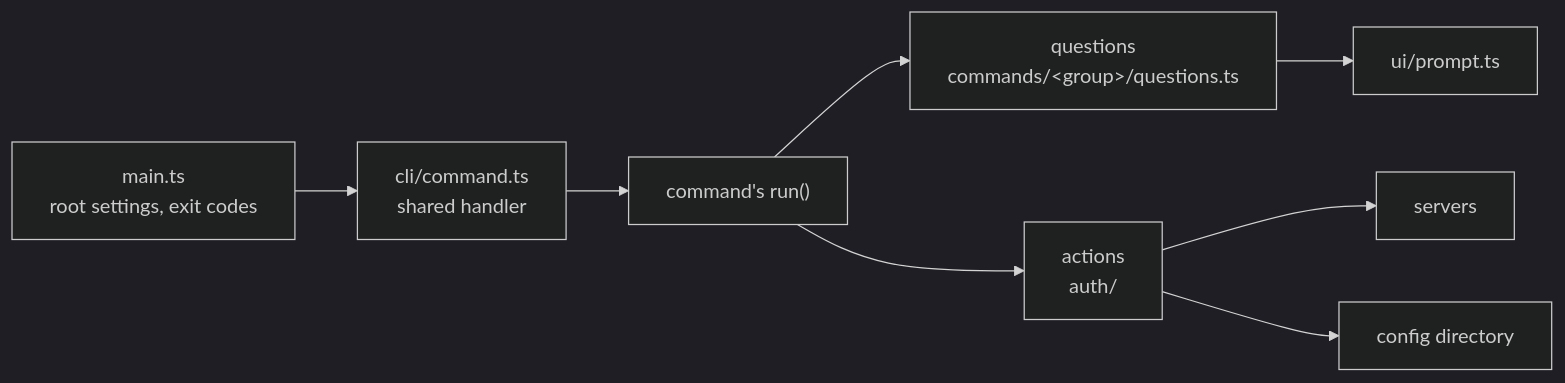
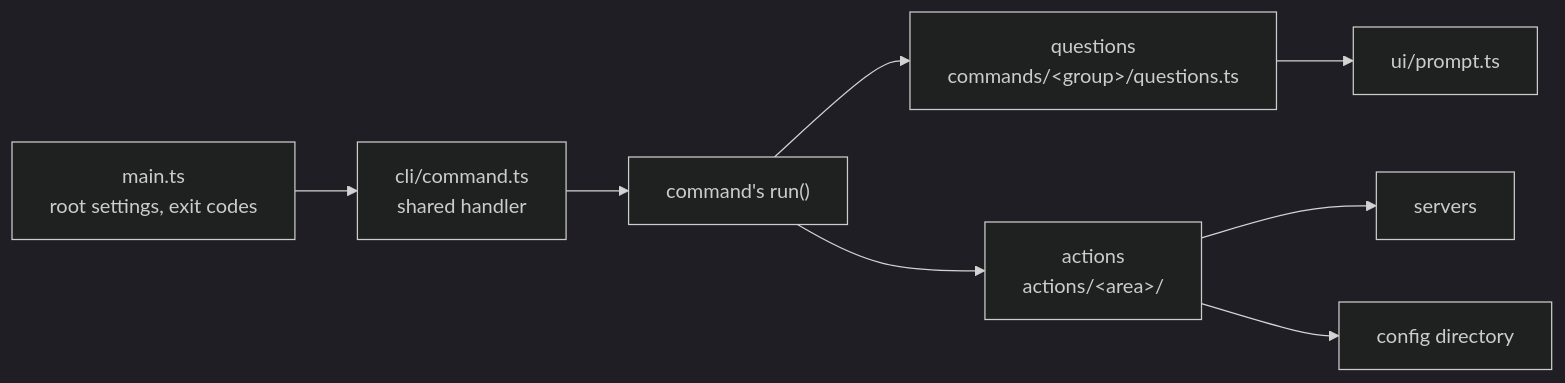
Before and after one commit to deephaven/deephaven-mcp: the diagram in docs/ARCHITECTURE.md, drawn with Mermaid (dark theme). The commit also changed other lines of this file and 42 other files, not shown here.

````diff
--- a/docs/ARCHITECTURE.md
+++ b/docs/ARCHITECTURE.md
@@ -51,10 +51,10 @@
 ```mermaid
 flowchart LR
   main["main.ts<br/>root settings, exit codes"] --> handler["cli/command.ts<br/>shared handler"]
   handler --> run["command's run()"]
   run --> q["questions<br/>commands/&lt;group&gt;/questions.ts"]
-  run --> a["actions<br/>auth/"]
+  run --> a["actions<br/>actions/&lt;area&gt;/"]
   q --> ui["ui/prompt.ts"]
   a --> net["servers"]
   a --> disk["config directory"]
 ```
````
